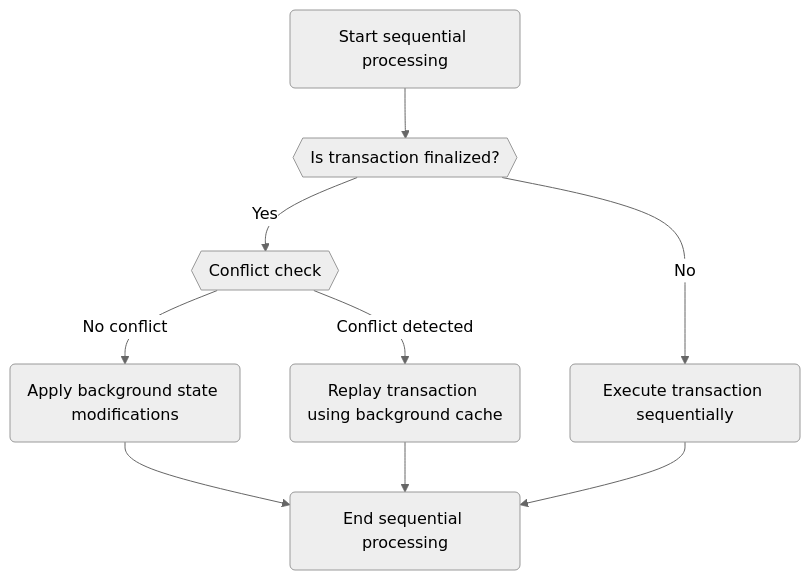
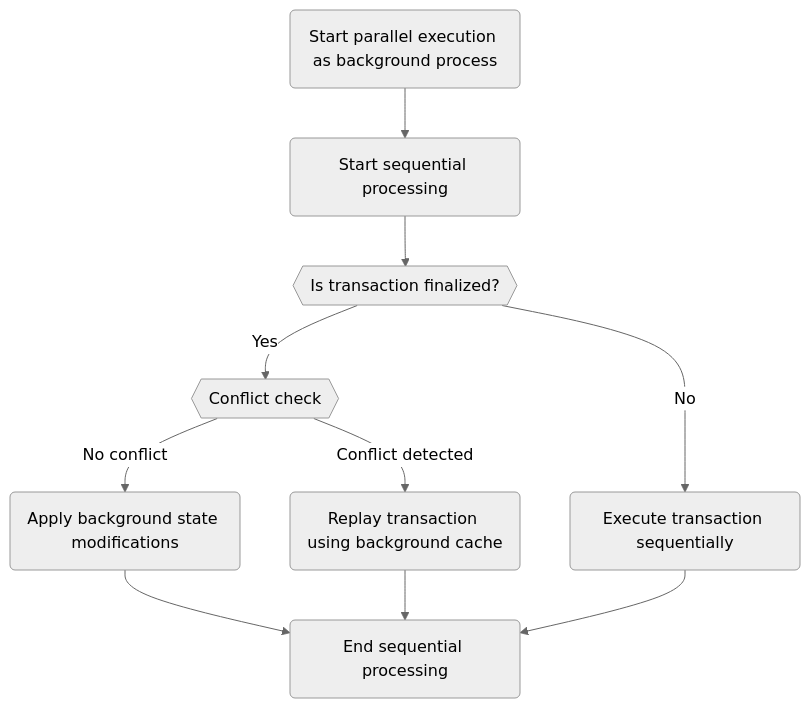
Before and after one commit to hyperledger/besu-docs: the first of 3 diagrams in docs/public-networks/concepts/parallel-transaction-execution.md, drawn with Mermaid (neutral theme). The commit also changed other lines of this file, not shown here.

````diff
--- a/docs/public-networks/concepts/parallel-transaction-execution.md
+++ b/docs/public-networks/concepts/parallel-transaction-execution.md
@@ -32,11 +34,12 @@
 ```mermaid
 graph TD;
-  A(Start sequential processing) --> B{{Is transaction finalized?}};
+  X(Start parallel execution as background process) --> A(Start sequential processing);
+  A --> B{{Is transaction finalized?}};
   B --> |Yes| C{{Conflict check}};
   C --> |No conflict| D(Apply background state modifications);
   C --> |Conflict detected| E(Replay transaction using background cache);
   B --> |No| F(Execute transaction sequentially);
   D --> G(End sequential processing);
   E --> G;
   F --> G;
 ```
````
